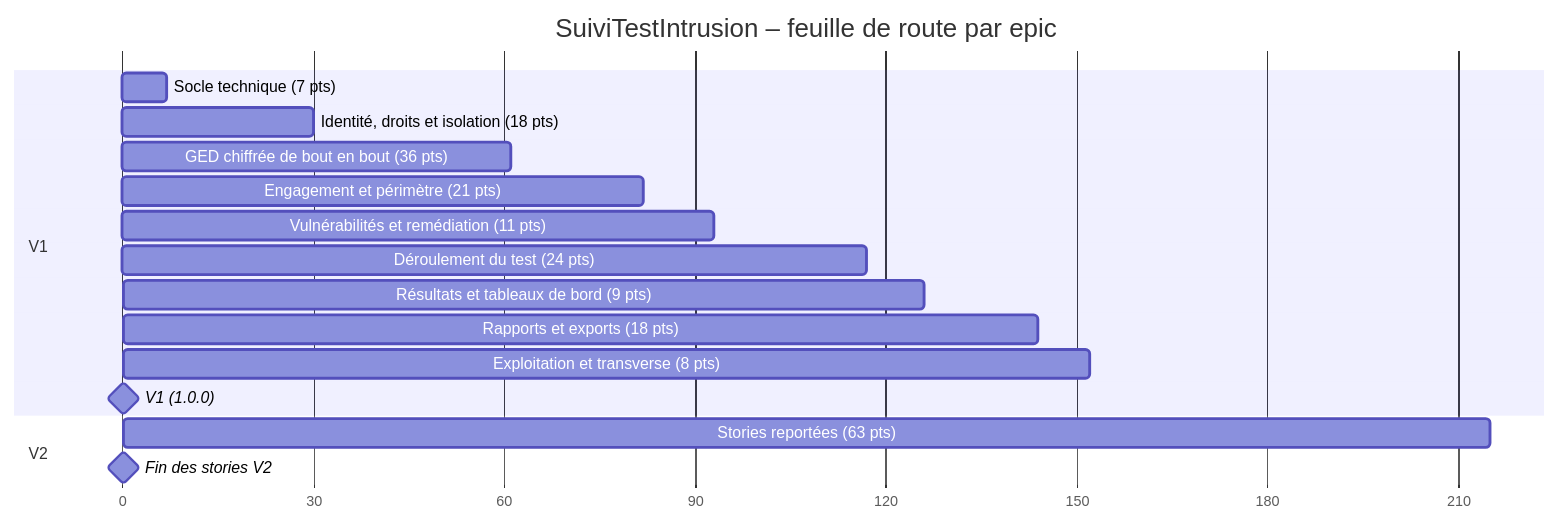
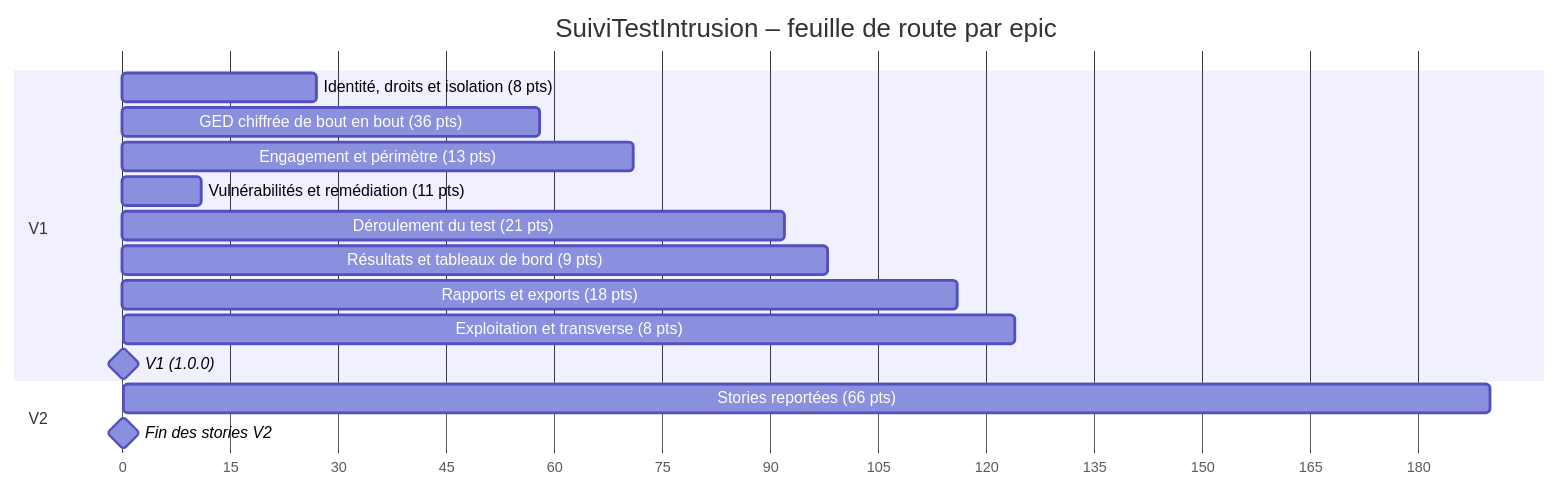
One commit to ILPlais/SuiviTestIntrusion changed the first of 2 diagrams in docs/20-29 Développement/22 Planification/22.01 Planification du développement.md. Above: the diagram before and after it, drawn with Mermaid. The commit also changed other lines of this file and 4 other files, not shown here.

````diff
--- a/docs/20-29 Développement/22 Planification/22.01 Planification du développement.md
+++ b/docs/20-29 Développement/22 Planification/22.01 Planification du développement.md
@@ -48,20 +48,19 @@
 ```mermaid
 gantt
     title SuiviTestIntrusion – feuille de route par epic
     dateFormat X
     axisFormat %s
     section V1
-    Socle technique (7 pts) :ep_socle, 0, 7
-    Identité, droits et isolation (18 pts) :ep_identite, 7, 30
-    GED chiffrée de bout en bout (36 pts) :ep_ged_chiffree, 20, 61
-    Engagement et périmètre (21 pts) :ep_engagement, 61, 82
-    Vulnérabilités et remédiation (11 pts) :ep_vulnerabilites, 82, 93
-    Déroulement du test (24 pts) :ep_deroulement, 93, 117
-    Résultats et tableaux de bord (9 pts) :ep_resultats, 117, 126
-    Rapports et exports (18 pts) :ep_exports, 126, 144
-    Exploitation et transverse (8 pts) :ep_exploitation, 144, 152
-    V1 (1.0.0) :milestone, v1, 152, 0d
+    Identité, droits et isolation (8 pts) :ep_identite, 14, 27
+    GED chiffrée de bout en bout (36 pts) :ep_ged_chiffree, 17, 58
+    Engagement et périmètre (13 pts) :ep_engagement, 58, 71
+    Vulnérabilités et remédiation (11 pts) :ep_vulnerabilites, 0, 11
+    Déroulement du test (21 pts) :ep_deroulement, 71, 92
+    Résultats et tableaux de bord (9 pts) :ep_resultats, 11, 98
+    Rapports et exports (18 pts) :ep_exports, 98, 116
+    Exploitation et transverse (8 pts) :ep_exploitation, 116, 124
+    V1 (1.0.0) :milestone, v1, 124, 0d
     section V2
-    Stories reportées (63 pts) :ep_v2, 152, 215
-    Fin des stories V2 :milestone, v2, 215, 0d
+    Stories reportées (66 pts) :ep_v2, 124, 190
+    Fin des stories V2 :milestone, v2, 190, 0d
 ```
````
